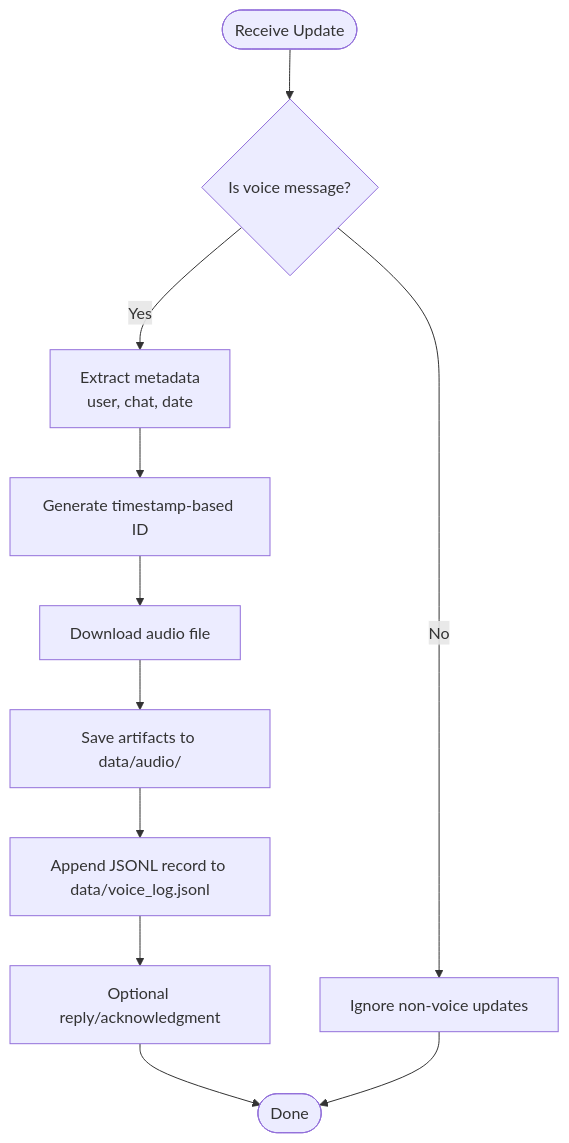
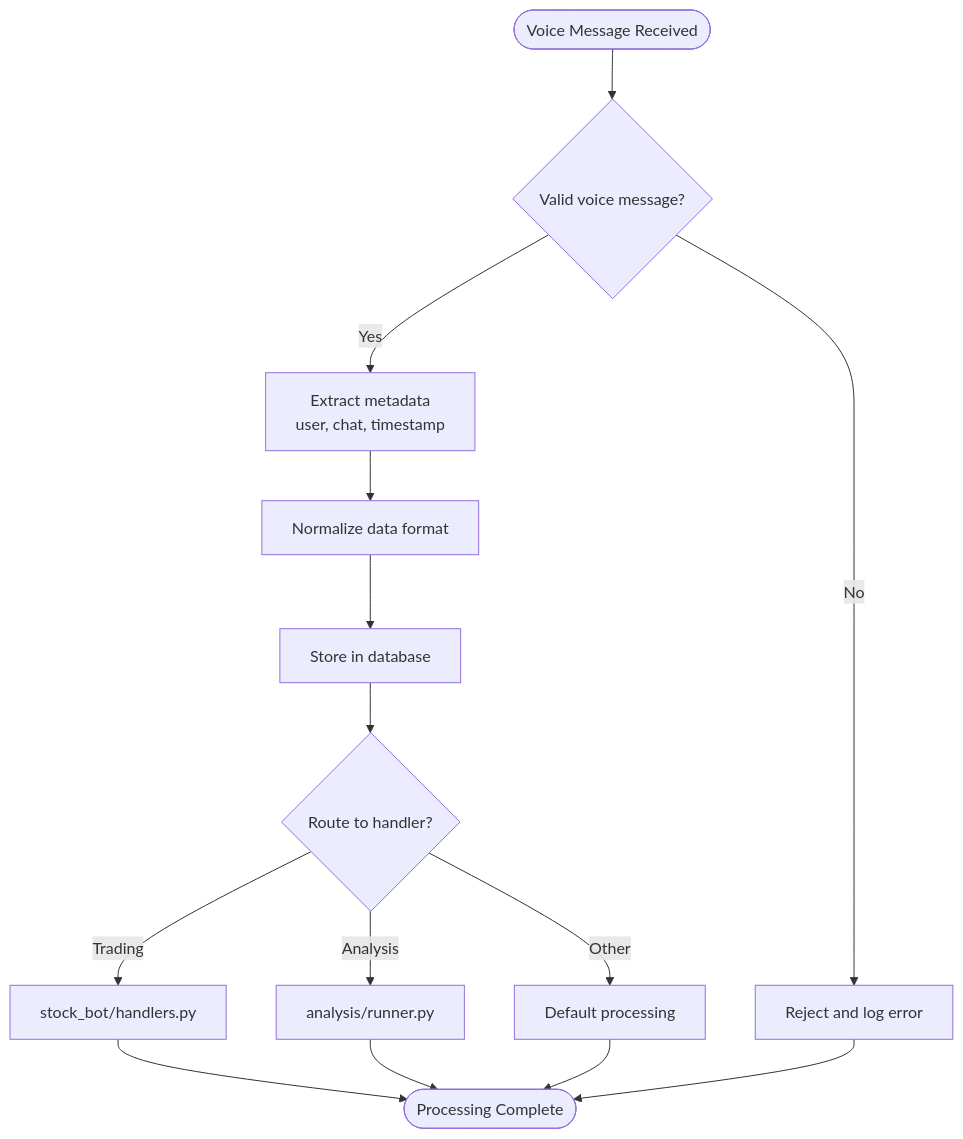
The third of 5 diagrams in .qoder/repowiki/en/content/Project Overview.md (ZengSeng/telegram-bot), drawn with Mermaid before and after one commit. The commit also changed other lines of this file and 18 other files, not shown here.

````diff
--- a/.qoder/repowiki/en/content/Project Overview.md
+++ b/.qoder/repowiki/en/content/Project Overview.md
@@ -170,13 +227,16 @@
 ```mermaid
 flowchart TD
-Start(["Receive Update"]) --> CheckType{"Is voice message?"}
-CheckType --> |No| Ignore["Ignore non-voice updates"]
-CheckType --> |Yes| Extract["Extract metadata<br/>user, chat, date"]
-Extract --> GenerateID["Generate timestamp-based ID"]
-GenerateID --> Download["Download audio file"]
-Download --> SaveArtifacts["Save artifacts to data/audio/"]
-SaveArtifacts --> WriteLog["Append JSONL record to data/voice_log.jsonl"]
-WriteLog --> Respond["Optional reply/acknowledgment"]
-Respond --> End(["Done"])
-Ignore --> End
+Start(["Voice Message Received"]) --> Validate{"Valid voice message?"}
+Validate --> |No| Reject["Reject and log error"]
+Validate --> |Yes| Extract["Extract metadata<br/>user, chat, timestamp"]
+Extract --> Normalize["Normalize data format"]
+Normalize --> Store["Store in database"]
+Store --> Route{"Route to handler?"}
+Route --> |Trading| TradingHandler["stock_bot/handlers.py"]
+Route --> |Analysis| AnalysisHandler["analysis/runner.py"]
+Route --> |Other| DefaultHandler["Default processing"]
+TradingHandler --> End(["Processing Complete"])
+AnalysisHandler --> End
+DefaultHandler --> End
+Reject --> End
 ```
````
